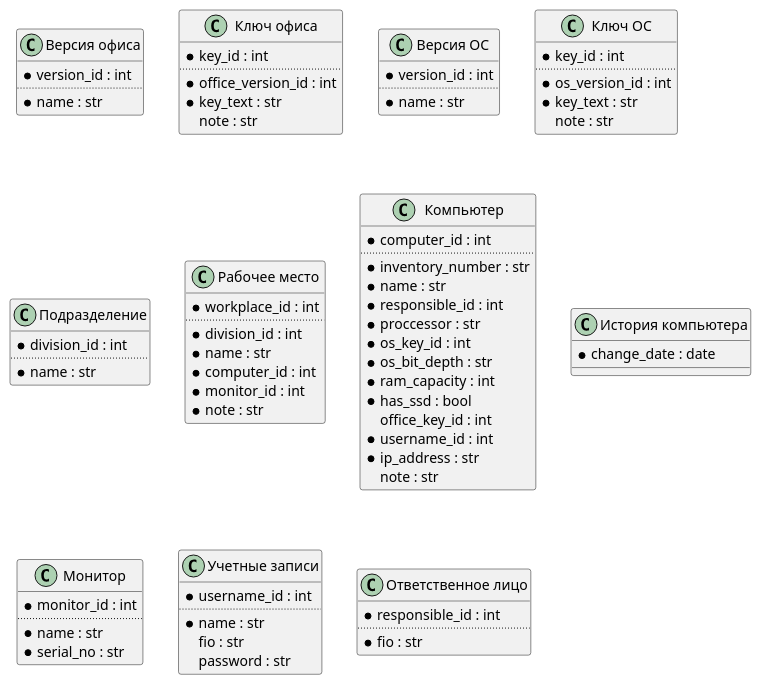
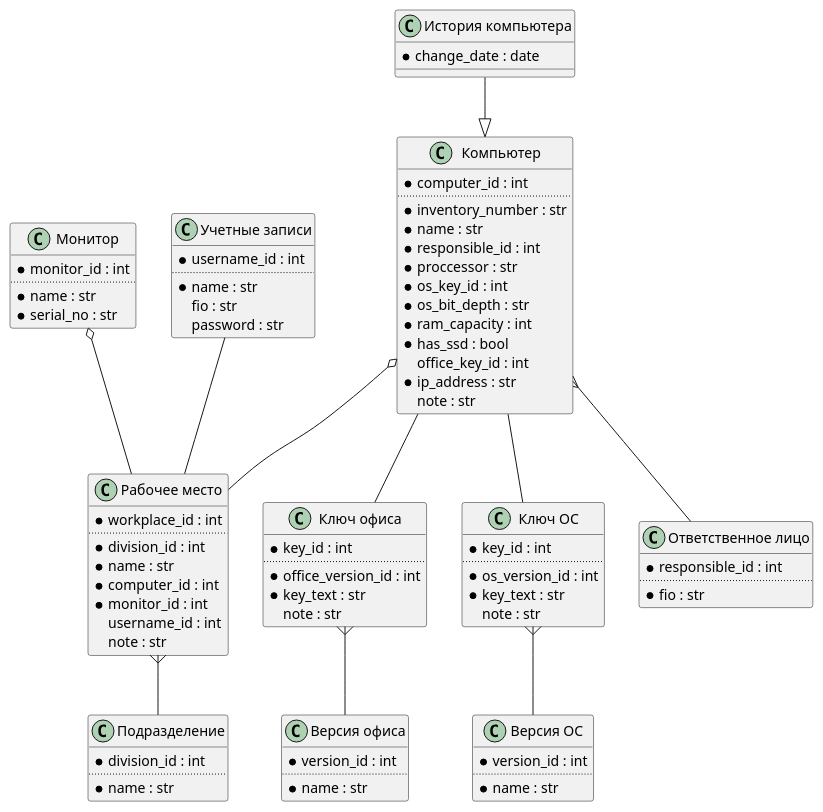
The diagram in database.plantuml (IamEvrik/ipce), drawn with PlantUML before and after one commit. The commit also changed 4 other files, not shown here.

Commit message:
Move user from computer to work place.

```diff
--- a/database.plantuml
+++ b/database.plantuml
@@ -1,103 +1,100 @@
 @startuml
 
 class "Версия офиса" as OfficeVersion {
 	{field} *version_id : int
 	..
 	{field} *name : str
 }
 
 class "Ключ офиса" as OfficeKey {
 	{field} *key_id : int
 	..
 	{field} *office_version_id : int
 	{field} *key_text : str
 	{field} note : str
 }
 
 class "Версия ОС" as OSVersion {
 	{field} *version_id : int
 	..
 	{field} *name : str
 }
 
 class "Ключ ОС" as OSKey {
 	{field} *key_id : int
 	..
 	{field} *os_version_id : int
 	{field} *key_text : str
 	{field} note : str
 }
 
 class "Подразделение" as Division {
 	{field} *division_id : int
 	..
 	{field} *name : str
 }
 
 class "Рабочее место" as WorkPlace {
 	{field} *workplace_id : int
 	..
 	{field} *division_id : int
 	{field} *name : str
 	{field} *computer_id : int
 	{field} *monitor_id : int
-	{field} *note : str
+	{field} username_id : int
+	{field} note : str
 } 
 
 class "Компьютер" as Computer {
 	{field} *computer_id : int
 	..
 	{field} *inventory_number : str
 	{field} *name : str
 	{field} *responsible_id : int
 	{field} *proccessor : str
 	{field} *os_key_id : int
 	{field} *os_bit_depth : str
 	{field} *ram_capacity : int
 	{field} *has_ssd : bool
 	{field} office_key_id : int
-	{field} *username_id : int
 	{field} *ip_address : str
 	{field} note : str
 }	
 
 class "История компьютера" as ComputerHistory {
 	{field} *change_date : date
 }
 
 class "Монитор" as Monitor {
 	{field} *monitor_id : int
 	..
 	{field} *name : str
 	{field} *serial_no : str
 }
 
 class "Учетные записи" as UserName {
 	{field} *username_id : int
 	..
 	{field} *name : str
 	{field} fio : str
 	{field} password : str
 }
 
 class "Ответственное лицо" as Responsible {
 	{field} *responsible_id : int
 	..
 	{field} *fio : str
 } 
 		
-/'
- ' OfficeKey }-- OfficeVersion
- ' OSKey }-- OSVersion
- ' WorkPlace }-- Division	
- ' Computer -- OSKey
- ' Computer -- OfficeKey
- ' Computer o-- WorkPlace	
- ' Computer }-- Responsible
- ' ComputerHistory --|> Computer
- ' Monitor o-- WorkPlace
- ' UserName -- Computer
- '/
-
+OfficeKey }-- OfficeVersion
+OSKey }-- OSVersion
+WorkPlace }-- Division	
+Computer -- OSKey
+Computer -- OfficeKey
+Computer o-- WorkPlace	
+Computer }-- Responsible
+ComputerHistory --|> Computer
+Monitor o-- WorkPlace
+UserName -- WorkPlace
 
 @enduml
```
